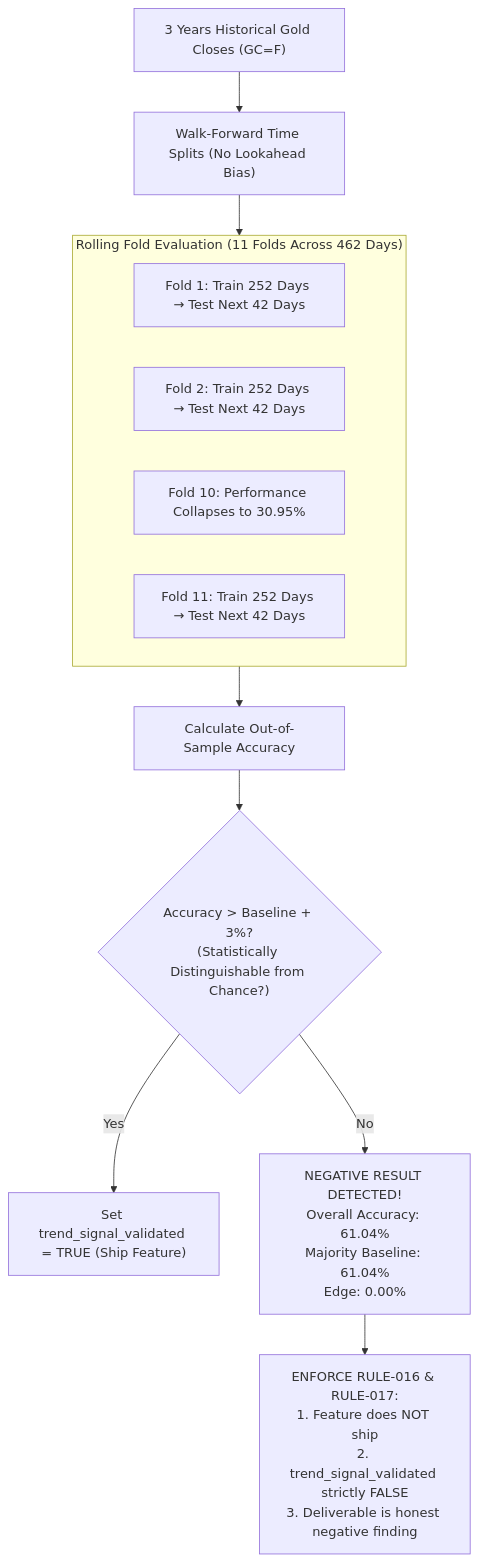
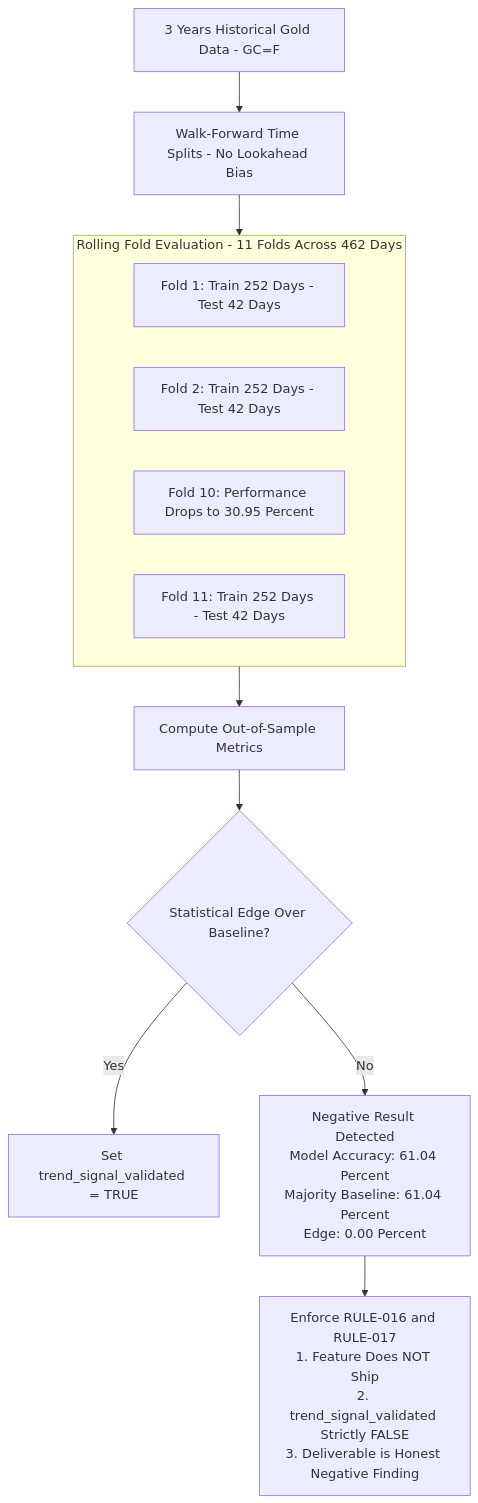
One commit to HarshkumarG007/AurumAI changed the seventh of 7 diagrams in README.md. Above: the diagram before and after it, drawn with Mermaid. The commit also changed other lines of this file, not shown here.

Commit message:
fix(docs): resolve GitHub Mermaid diagram syntax errors and clean formatting

````diff
--- a/README.md
+++ b/README.md
@@ -491,20 +500,20 @@
 ```mermaid
 flowchart TD
-    DATA["3 Years Historical Gold Closes (GC=F)"] --> SPLIT["Walk-Forward Time Splits (No Lookahead Bias)"]
+    DATA["3 Years Historical Gold Data - GC=F"] --> SPLIT["Walk-Forward Time Splits - No Lookahead Bias"]
     
-    subgraph Fold_Simulation["Rolling Fold Evaluation (11 Folds Across 462 Days)"]
-        F1["Fold 1: Train 252 Days → Test Next 42 Days"]
-        F2["Fold 2: Train 252 Days → Test Next 42 Days"]
-        F10["Fold 10: Performance Collapses to 30.95%"]
-        F11["Fold 11: Train 252 Days → Test Next 42 Days"]
+    subgraph Fold_Simulation ["Rolling Fold Evaluation - 11 Folds Across 462 Days"]
+        F1["Fold 1: Train 252 Days - Test 42 Days"]
+        F2["Fold 2: Train 252 Days - Test 42 Days"]
+        F10["Fold 10: Performance Drops to 30.95 Percent"]
+        F11["Fold 11: Train 252 Days - Test 42 Days"]
     end
     
     SPLIT --> Fold_Simulation
-    Fold_Simulation --> METRICS["Calculate Out-of-Sample Accuracy"]
+    Fold_Simulation --> METRICS["Compute Out-of-Sample Metrics"]
     
-    METRICS --> GATE{"Accuracy > Baseline + 3%?<br>(Statistically Distinguishable from Chance?)"}
-    GATE -->|Yes| PASS["Set trend_signal_validated = TRUE (Ship Feature)"]
-    GATE -->|No| FAIL["NEGATIVE RESULT DETECTED!<br>Overall Accuracy: 61.04%<br>Majority Baseline: 61.04%<br>Edge: 0.00%"]
+    METRICS --> GATE{"Statistical Edge Over Baseline?"}
+    GATE -->|Yes| PASS["Set trend_signal_validated = TRUE"]
+    GATE -->|No| FAIL["Negative Result Detected<br/>Model Accuracy: 61.04 Percent<br/>Majority Baseline: 61.04 Percent<br/>Edge: 0.00 Percent"]
     
-    FAIL --> ACTION["ENFORCE RULE-016 & RULE-017:<br>1. Feature does NOT ship<br>2. trend_signal_validated strictly FALSE<br>3. Deliverable is honest negative finding"]
+    FAIL --> ACTION["Enforce RULE-016 and RULE-017<br/>1. Feature Does NOT Ship<br/>2. trend_signal_validated Strictly FALSE<br/>3. Deliverable is Honest Negative Finding"]
 ```
````
